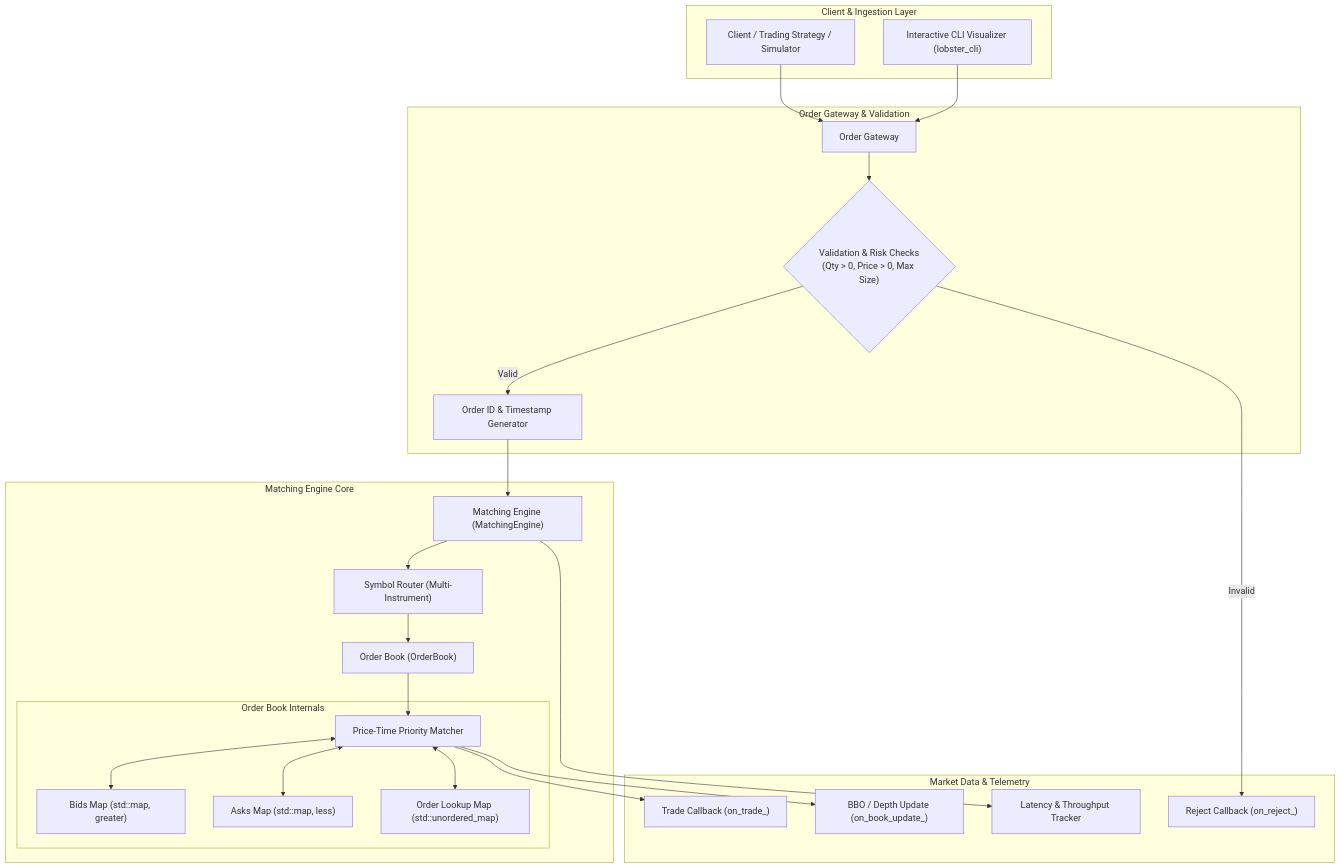
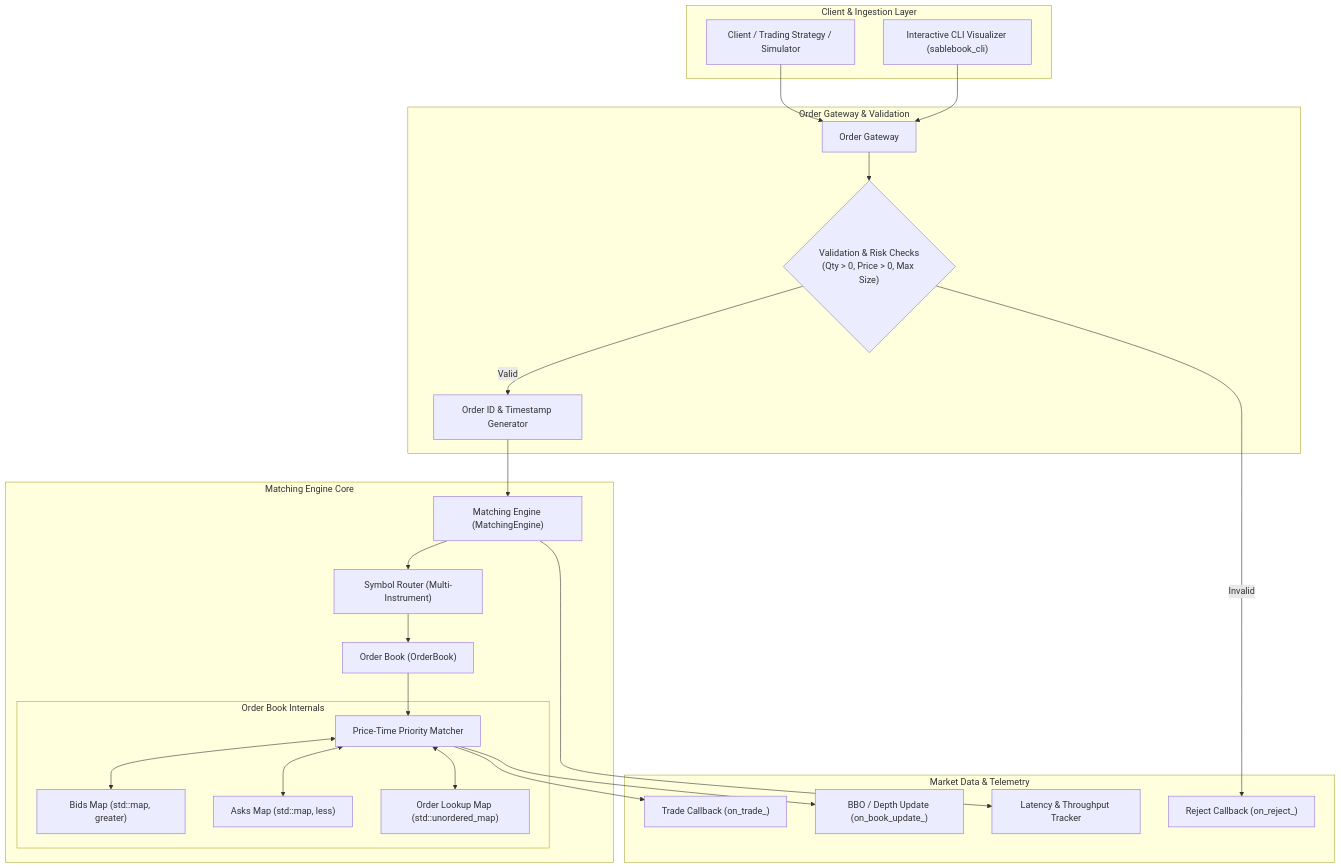
The first of 4 diagrams in README.md (raogaurav17/SableBook), drawn with Mermaid before and after one commit. The commit also changed other lines of this file and 18 other files, not shown here.

````diff
--- a/README.md
+++ b/README.md
@@ -41,47 +41,47 @@
 ```mermaid
 flowchart TD
     subgraph ClientLayer ["Client & Ingestion Layer"]
         Client["Client / Trading Strategy / Simulator"]
-        CLI["Interactive CLI Visualizer (lobster_cli)"]
+        CLI["Interactive CLI Visualizer (sablebook_cli)"]
     end
 
     subgraph GatewayLayer ["Order Gateway & Validation"]
         GW["Order Gateway"]
         Val{"Validation & Risk Checks\n(Qty > 0, Price > 0, Max Size)"}
         IDGen["Order ID & Timestamp Generator"]
     end
 
     subgraph EngineLayer ["Matching Engine Core"]
         ME["Matching Engine (MatchingEngine)"]
         Router["Symbol Router (Multi-Instrument)"]
         OB["Order Book (OrderBook)"]
         
         subgraph BookInternals ["Order Book Internals"]
             Bids["Bids Map (std::map, greater)"]
             Asks["Asks Map (std::map, less)"]
             Lookup["Order Lookup Map (std::unordered_map)"]
             Matcher["Price-Time Priority Matcher"]
         end
     end
 
     subgraph OutputLayer ["Market Data & Telemetry"]
         TradeCB["Trade Callback (on_trade_)"]
         BookCB["BBO / Depth Update (on_book_update_)"]
         RejectCB["Reject Callback (on_reject_)"]
         Metrics["Latency & Throughput Tracker"]
     end
 
     Client --> GW
     CLI --> GW
     GW --> Val
     Val -- "Valid" --> IDGen --> ME
     Val -- "Invalid" --> RejectCB
     ME --> Router --> OB
     OB --> Matcher
     Matcher <--> Bids
     Matcher <--> Asks
     Matcher <--> Lookup
     Matcher --> TradeCB
     Matcher --> BookCB
     ME --> Metrics
 ```
````
